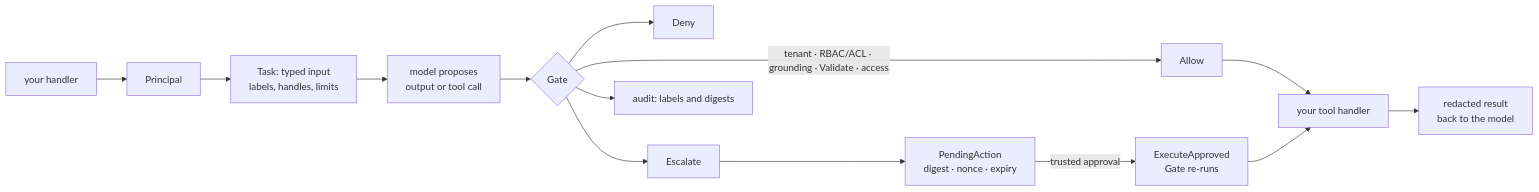
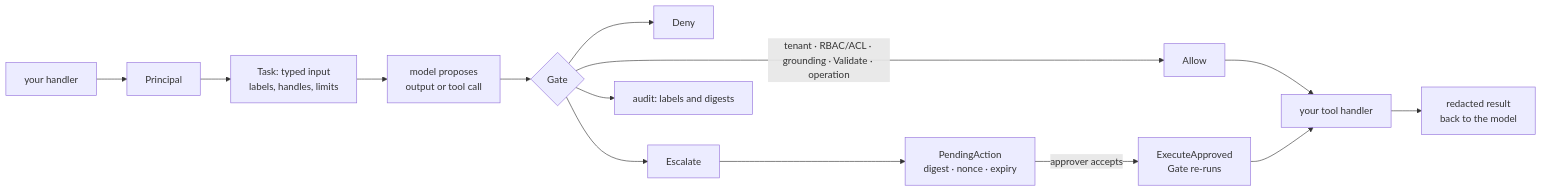
The diagram in README.md (KirillYuzh/Gobellim), drawn with Mermaid before and after one commit. The commit also changed other lines of this file and 28 other files, not shown here.

````diff
--- a/README.md
+++ b/README.md
@@ -77,16 +75,16 @@
 ```mermaid
 flowchart LR
     H["your handler"] --> P["Principal"]
     P --> T["Task: typed input<br/>labels, handles, limits"]
     T --> M["model proposes<br/>output or tool call"]
     M --> G{"Gate"}
-    G -->|"tenant · RBAC/ACL · grounding · Validate · access"| A["Allow"]
+    G -->|"tenant · RBAC/ACL · grounding · Validate · operation"| A["Allow"]
     G --> D["Deny"]
     G --> E["Escalate"]
     A --> X["your tool handler"]
     X --> R["redacted result<br/>back to the model"]
     E --> C["PendingAction<br/>digest · nonce · expiry"]
-    C -->|"trusted approval"| EA["ExecuteApproved<br/>Gate re-runs"]
+    C -->|"approver accepts"| EA["ExecuteApproved<br/>Gate re-runs"]
     EA --> X
     G --> AU["audit: labels and digests"]
 ```
````
